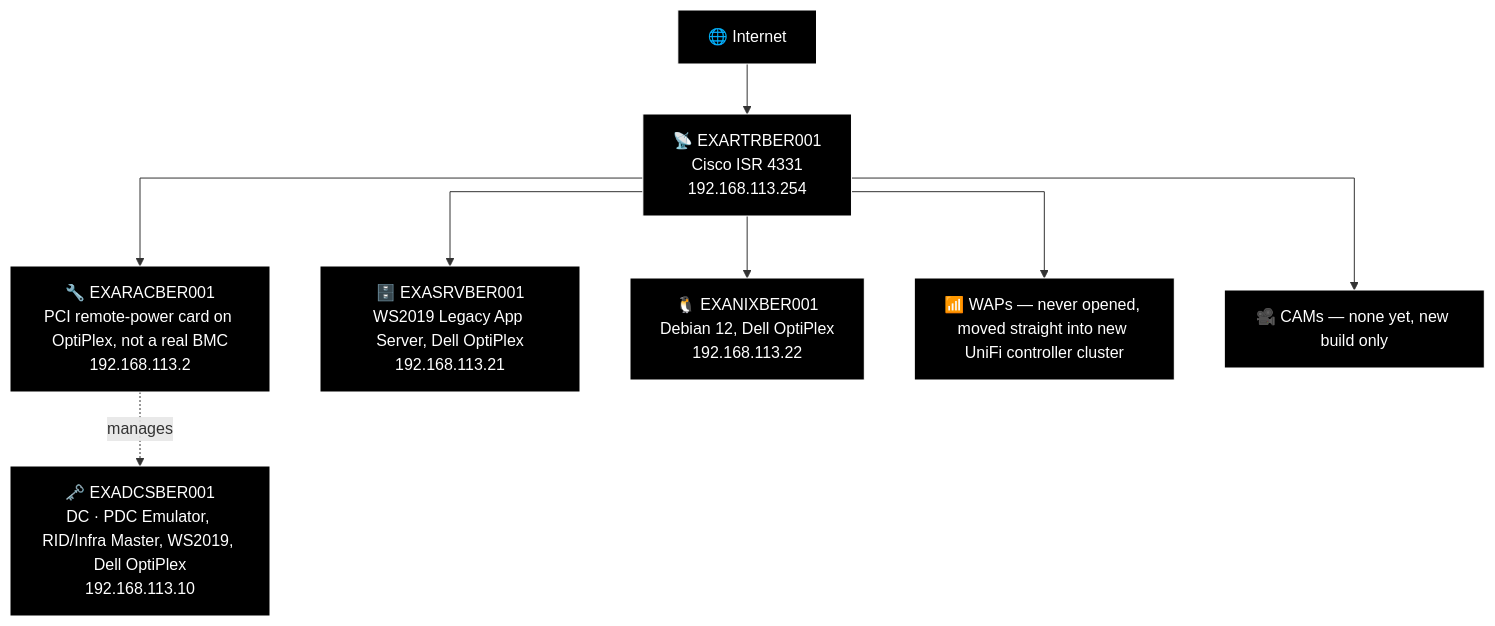
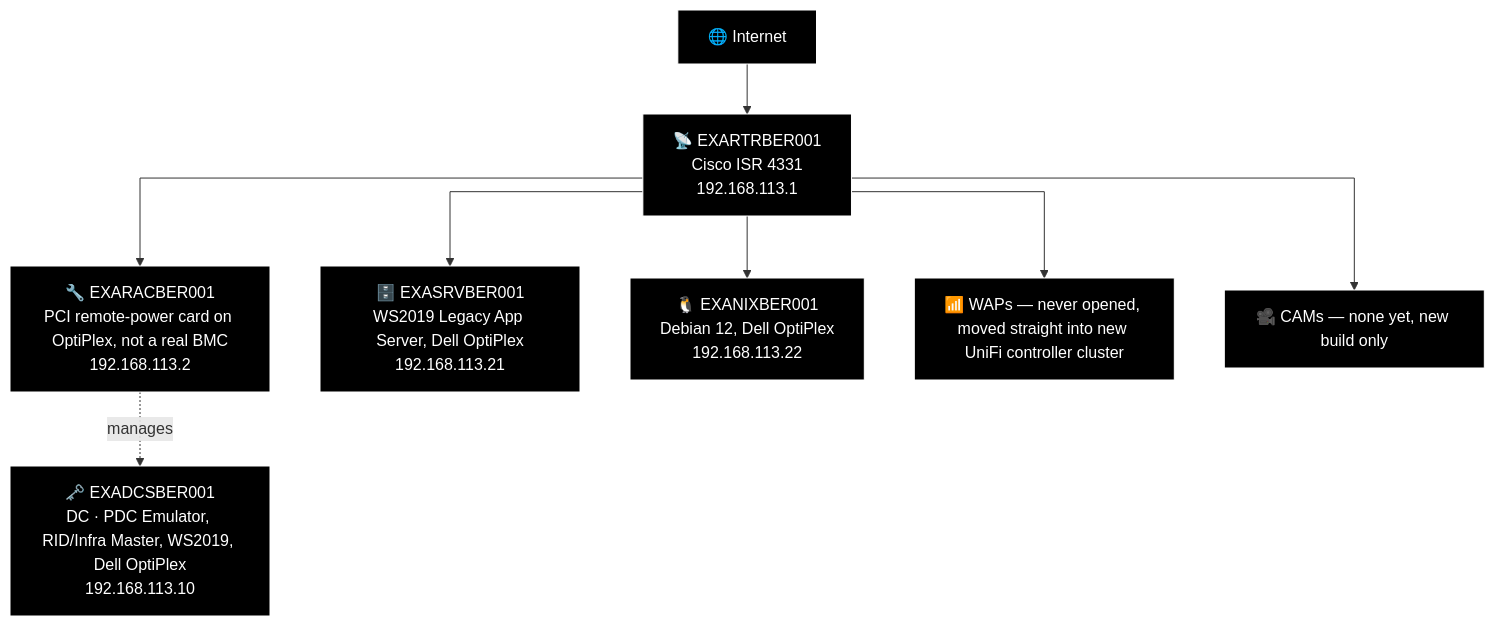
The fourth of 13 diagrams in docs/network-diagram/deutschland.md (knightmare2600/example_music_infra), drawn with Mermaid before and after one commit. The commit also changed other lines of this file and 7 other files, not shown here.

````diff
--- a/docs/network-diagram/deutschland.md
+++ b/docs/network-diagram/deutschland.md
@@ -181,30 +181,30 @@
 ```mermaid
 %%{init: {'flowchart': {'curve': 'stepAfter'}}}%%
 graph TD
     O_INET["🌐 Internet"]
-    O_RTR["📡 EXARTRBER001<br/>Cisco ISR 4331<br/>192.168.113.254"]
+    O_RTR["📡 EXARTRBER001<br/>Cisco ISR 4331<br/>192.168.113.1"]
     O_INET --> O_RTR
 
     O_RAC["🔧 EXARACBER001<br/>PCI remote-power card on OptiPlex, not a real BMC<br/>192.168.113.2"]
     O_DC["🗝️ EXADCSBER001<br/>DC · PDC Emulator, RID/Infra Master, WS2019, Dell OptiPlex<br/>192.168.113.10"]
     O_RTR --> O_RAC
     O_RAC -.->|"manages"| O_DC
 
     O_SRV["🗄️ EXASRVBER001<br/>WS2019 Legacy App Server, Dell OptiPlex<br/>192.168.113.21"]
     O_NIX["🐧 EXANIXBER001<br/>Debian 12, Dell OptiPlex<br/>192.168.113.22"]
     O_WAP["📶 WAPs — never opened, moved straight into new UniFi controller cluster"]
     O_CAM["🎥 CAMs — none yet, new build only"]
     O_RTR --> O_SRV
     O_RTR --> O_NIX
     O_RTR --> O_WAP
     O_RTR --> O_CAM
 
     style O_INET fill:#000000,stroke:#FFFFFF,color:#FFFFFF
     style O_RTR fill:#000000,stroke:#FFFFFF,color:#FFFFFF
     style O_RAC fill:#000000,stroke:#FFFFFF,color:#FFFFFF
     style O_DC fill:#000000,stroke:#FFFFFF,color:#FFFFFF
     style O_SRV fill:#000000,stroke:#FFFFFF,color:#FFFFFF
     style O_NIX fill:#000000,stroke:#FFFFFF,color:#FFFFFF
     style O_WAP fill:#000000,stroke:#FFFFFF,color:#FFFFFF
     style O_CAM fill:#000000,stroke:#FFFFFF,color:#FFFFFF
 ```
````
